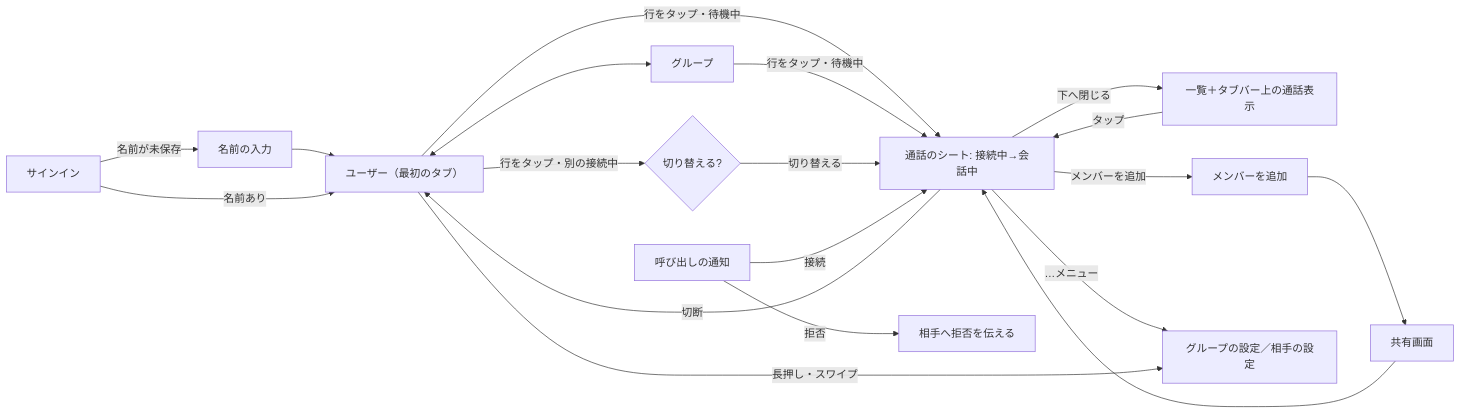
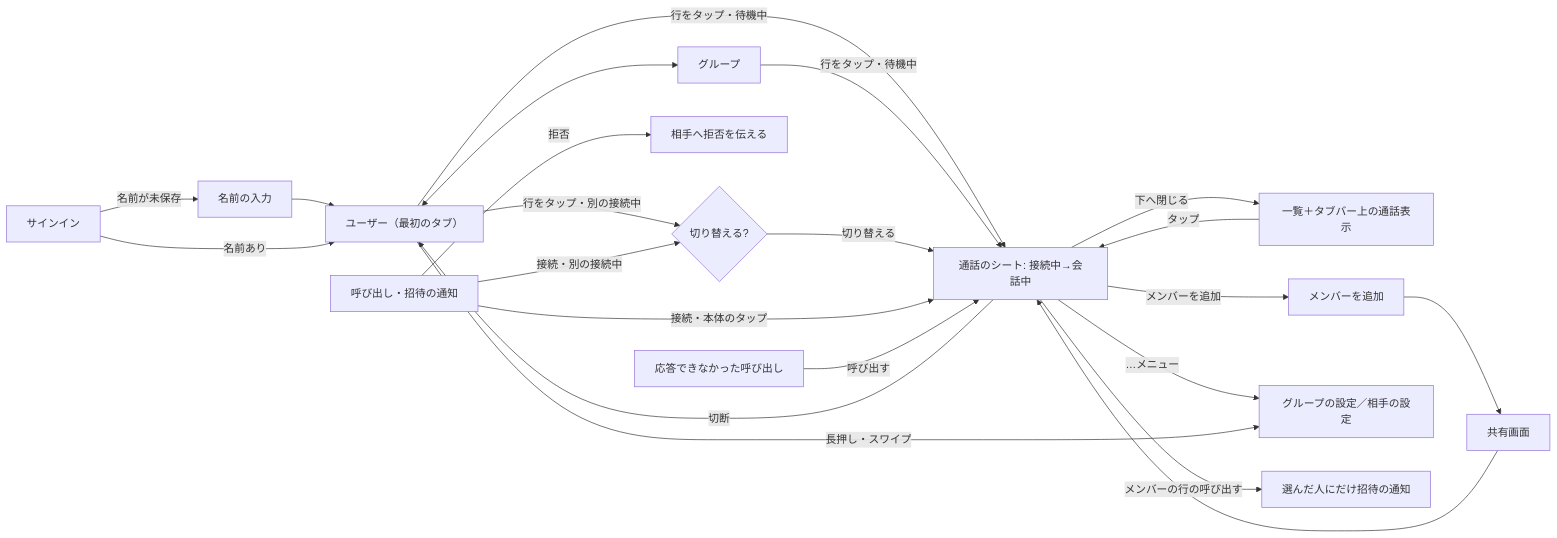
One commit to eroccowaruico/RideIntercom changed the diagram in docs/design/操作の流れ.md. Above: the diagram before and after it, drawn with Mermaid. The commit also changed other lines of this file and 9 other files, not shown here.

````diff
--- a/docs/design/操作の流れ.md
+++ b/docs/design/操作の流れ.md
@@ -36,18 +38,21 @@
 ```mermaid
 flowchart LR
     SignIn[サインイン] -- 名前が未保存 --> Name[名前の入力] --> Users
     SignIn -- 名前あり --> Users[ユーザー（最初のタブ）]
     Users <--> Groups[グループ]
     Users -- 行をタップ・待機中 --> Sheet[通話のシート: 接続中→会話中]
     Groups -- 行をタップ・待機中 --> Sheet
     Users -- 行をタップ・別の接続中 --> Confirm{切り替える?}
     Confirm -- 切り替える --> Sheet
     Sheet -- 下へ閉じる --> Accessory[一覧＋タブバー上の通話表示]
     Accessory -- タップ --> Sheet
     Sheet -- メンバーを追加 --> Add[メンバーを追加] --> Share[共有画面] --> Sheet
     Sheet -- …メニュー --> Settings[グループの設定／相手の設定]
     Users -- 長押し・スワイプ --> Settings
-    Notice[呼び出しの通知] -- 接続 --> Sheet
+    Notice[呼び出し・招待の通知] -- 接続・本体のタップ --> Sheet
+    Notice -- 接続・別の接続中 --> Confirm
     Notice -- 拒否 --> Declined[相手へ拒否を伝える]
+    Missed[応答できなかった呼び出し] -- 呼び出す --> Sheet
+    Sheet -- メンバーの行の呼び出す --> Invite[選んだ人にだけ招待の通知]
     Sheet -- 切断 --> Users
 ```
````
